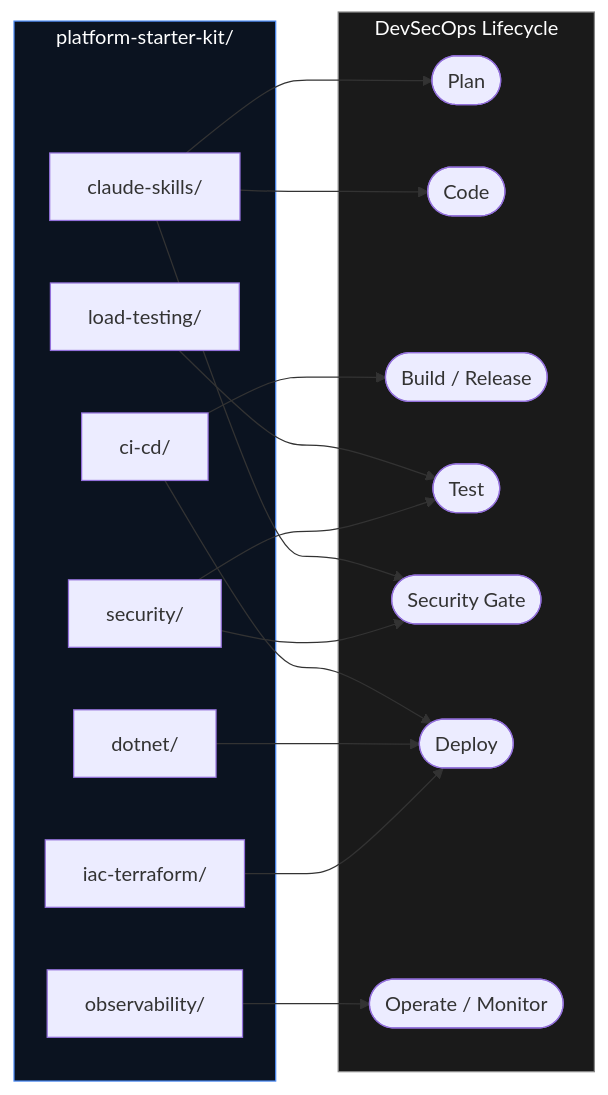
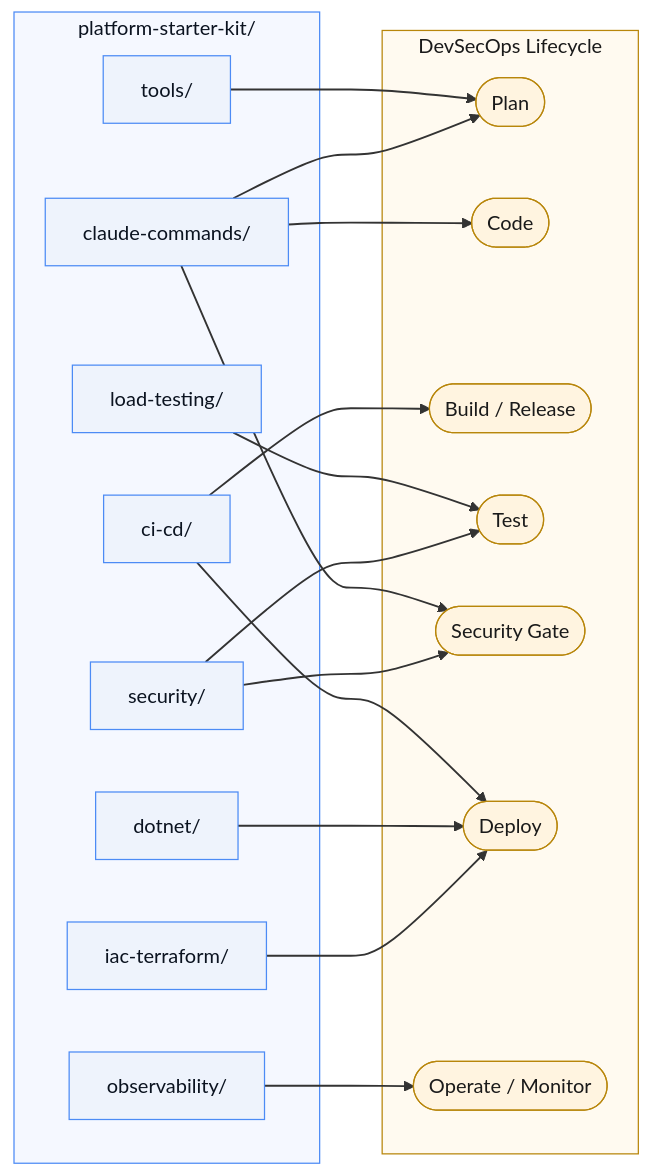
Before and after one commit to jaricsng/platform-starter-kit: the diagram in README.md, drawn with Mermaid. The commit also changed other lines of this file and 52 other files, not shown here.

````diff
--- a/README.md
+++ b/README.md
@@ -23,37 +42,46 @@
 ```mermaid
 flowchart LR
     subgraph repo["platform-starter-kit/"]
-        skills["claude-skills/"]
+        tools["tools/"]
+        commands["claude-commands/"]
         dotnet["dotnet/"]
         cicd["ci-cd/"]
         obs["observability/"]
         load["load-testing/"]
         iac["iac-terraform/"]
         sec["security/"]
     end
 
     subgraph lifecycle["DevSecOps Lifecycle"]
         plan(["Plan"])
         code(["Code"])
         build(["Build / Release"])
         test(["Test"])
         gate(["Security Gate"])
         deploy(["Deploy"])
         operate(["Operate / Monitor"])
     end
 
-    skills --> code
-    skills --> gate
-    skills --> plan
+    tools --> plan
+    commands --> code
+    commands --> gate
+    commands --> plan
     cicd --> build
     cicd --> deploy
     dotnet --> deploy
     obs --> operate
     load --> test
     sec --> test
     sec --> gate
     iac --> deploy
 
-    style repo fill:#0b1320,stroke:#4c8bf5,color:#fff
-    style lifecycle fill:#1a1a1a,stroke:#888,color:#fff
+    classDef repoNode fill:#eef3fc,stroke:#4c8bf5,color:#0b1320,stroke-width:1px;
+    classDef lifecycleNode fill:#fff4e0,stroke:#b8860b,color:#1a1a1a,stroke-width:1px;
+    class tools,commands,dotnet,cicd,obs,load,iac,sec repoNode;
+    class plan,code,build,test,gate,deploy,operate lifecycleNode;
+
+    style repo fill:#f5f8ff,stroke:#4c8bf5,color:#0b1320
+    style lifecycle fill:#fffaf0,stroke:#b8860b,color:#1a1a1a
+
+    linkStyle default stroke:#333333,stroke-width:1.5px;
 ```
````
